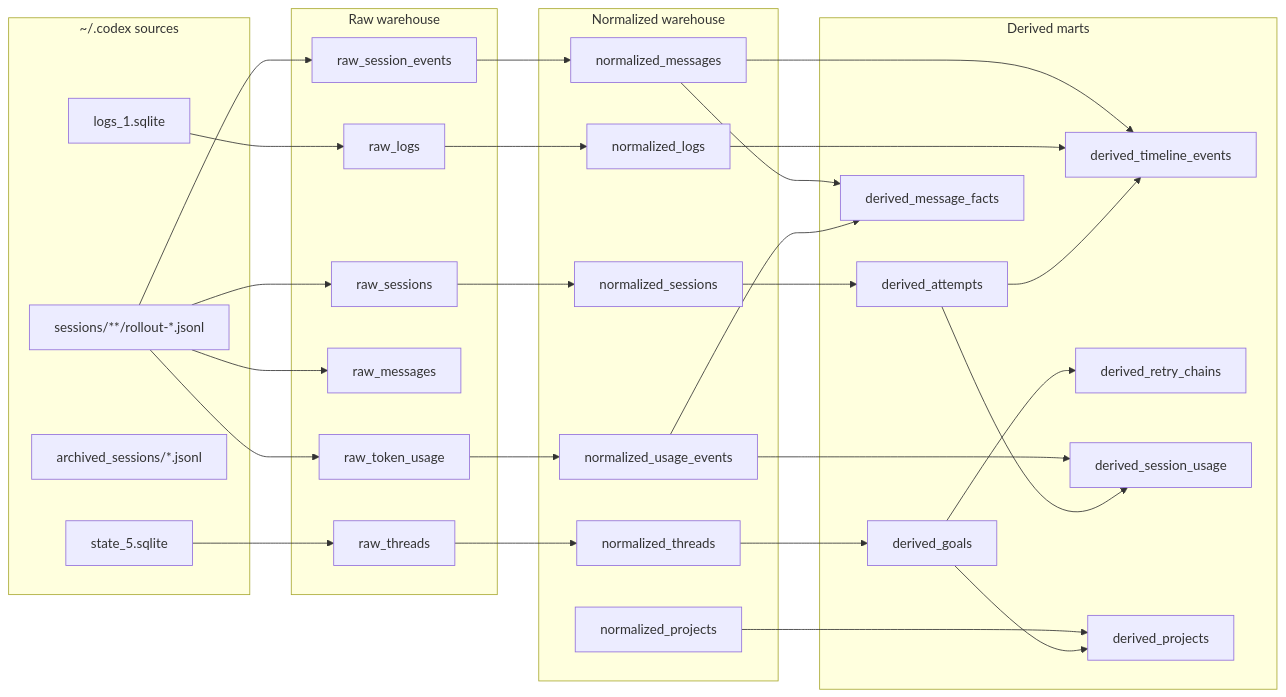
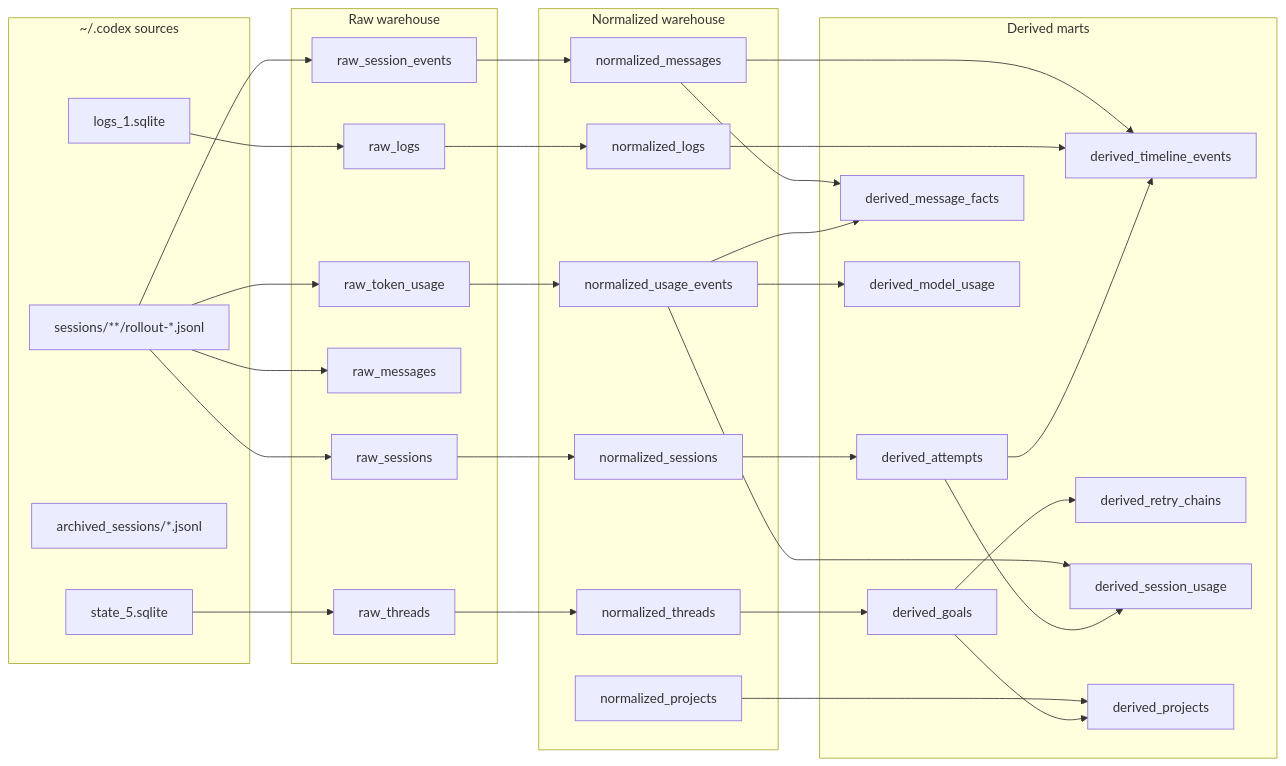
The diagram in docs/history-pipeline.md (sg4tech/ai-agents-metrics), drawn with Mermaid before and after one commit. The commit also changed other lines of this file and 10 other files, not shown here.

Commit message:
Add model-level usage aggregation

````diff
--- a/docs/history-pipeline.md
+++ b/docs/history-pipeline.md
@@ -87,63 +87,65 @@
 ```mermaid
 flowchart LR
     subgraph Sources["~/.codex sources"]
         ST["state_5.sqlite"]
         SS["sessions/**/rollout-*.jsonl"]
         AS["archived_sessions/*.jsonl"]
         LG["logs_1.sqlite"]
     end
 
     subgraph Raw["Raw warehouse"]
         RT["raw_threads"]
         RS["raw_sessions"]
         RSE["raw_session_events"]
         RM["raw_messages"]
         RTU["raw_token_usage"]
         RL["raw_logs"]
     end
 
     subgraph Norm["Normalized warehouse"]
         NT["normalized_threads"]
         NS["normalized_sessions"]
         NM["normalized_messages"]
         NU["normalized_usage_events"]
         NL["normalized_logs"]
         NP["normalized_projects"]
     end
 
     subgraph Derived["Derived marts"]
         DG["derived_goals"]
         DA["derived_attempts"]
         DTE["derived_timeline_events"]
         DMF["derived_message_facts"]
         DRC["derived_retry_chains"]
         DUS["derived_session_usage"]
+        DMU["derived_model_usage"]
         DP["derived_projects"]
     end
 
     ST --> RT
     SS --> RS
     SS --> RSE
     SS --> RM
     SS --> RTU
     LG --> RL
 
     RT --> NT
     RS --> NS
     RSE --> NM
     RTU --> NU
     RL --> NL
 
     NT --> DG
     NS --> DA
     NM --> DTE
     NU --> DUS
+    NU --> DMU
     NL --> DTE
     NM --> DMF
     NU --> DMF
     NP --> DP
     DG --> DRC
     DG --> DP
     DA --> DUS
     DA --> DTE
 ```
````
